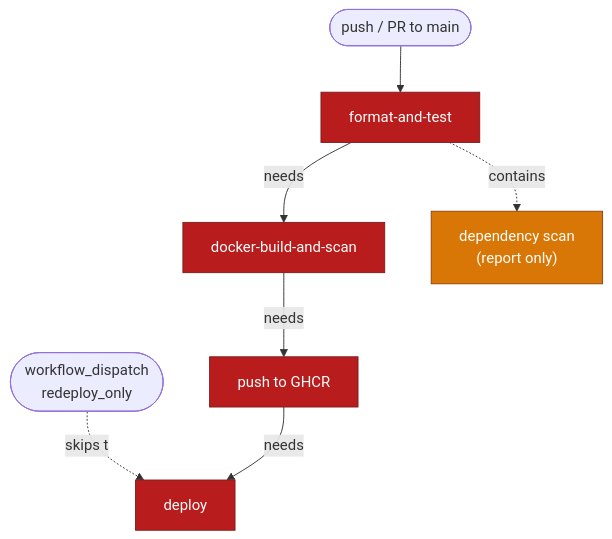
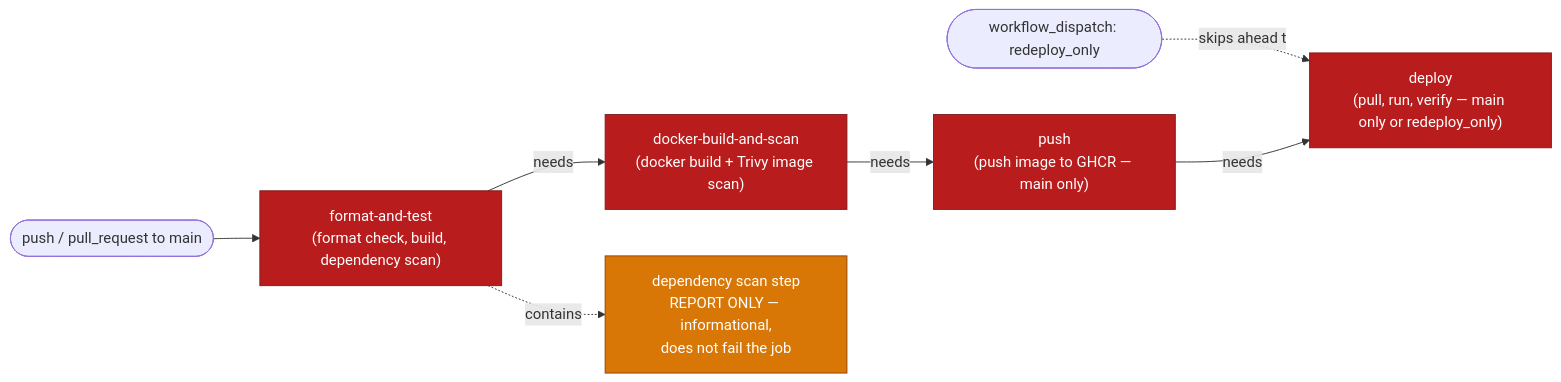
Before and after one commit to jvansyoc/tl-test: the diagram in pipeline-diagram.md, drawn with Mermaid.

Commit message:
fixing pipeline diagram formatiing

````diff
--- a/pipeline-diagram.md
+++ b/pipeline-diagram.md
@@ -1,19 +1,19 @@
 ```mermaid
-flowchart TD
-    T1(["push / PR to main"]) --> A
-    T2(["workflow_dispatch<br/>redeploy_only"]) -.skips to.-> D
+flowchart LR
+    T1(["push / pull_request to main"]) --> A
+    T2(["workflow_dispatch: redeploy_only"]) -.skips ahead to.-> D
 
-    A["format-and-test"]:::gate
-    B["docker-build-and-scan"]:::gate
-    C["push to GHCR"]:::gate
-    D["deploy"]:::gate
-    R["dependency scan<br/>(report only)"]:::report
+    A["format-and-test<br/>(format check, build, dependency scan)"]:::gate
+    B["docker-build-and-scan<br/>(docker build + Trivy image scan)"]:::gate
+    C["push<br/>(push image to GHCR — main only)"]:::gate
+    D["deploy<br/>(pull, run, verify — main only or redeploy_only)"]:::gate
+    R["dependency scan step<br/>REPORT ONLY — informational,<br/>does not fail the job"]:::report
 
     A -->|needs| B
     B -->|needs| C
     C -->|needs| D
     A -.contains.-> R
 
     classDef gate fill:#b91c1c,stroke:#7f1d1d,color:#fff
     classDef report fill:#d97706,stroke:#92400e,color:#fff
 ```
````
